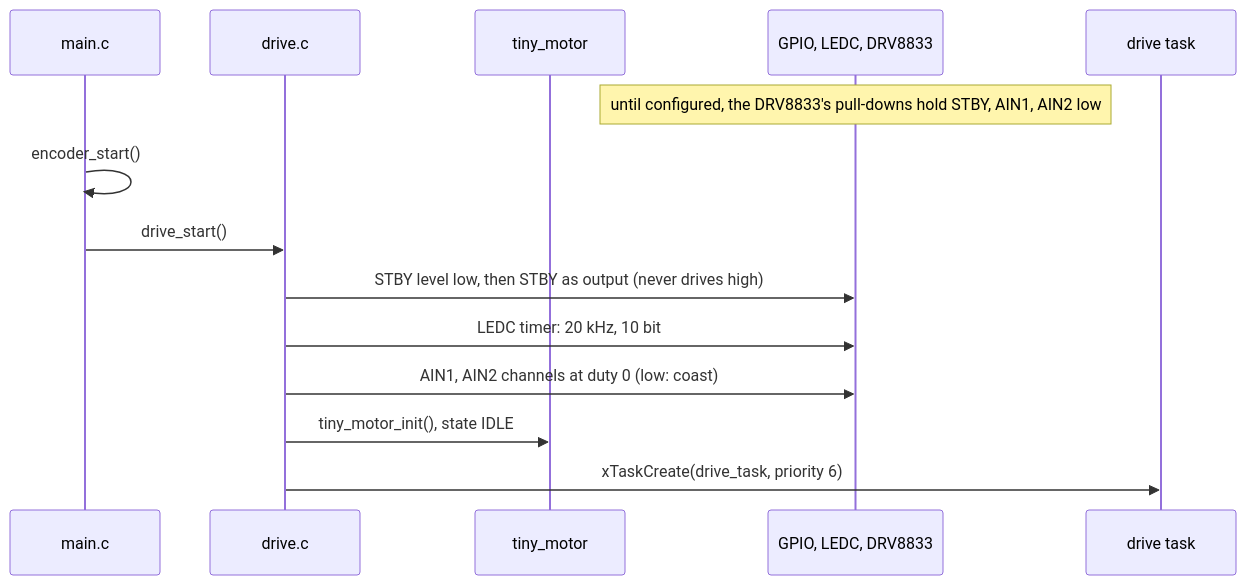
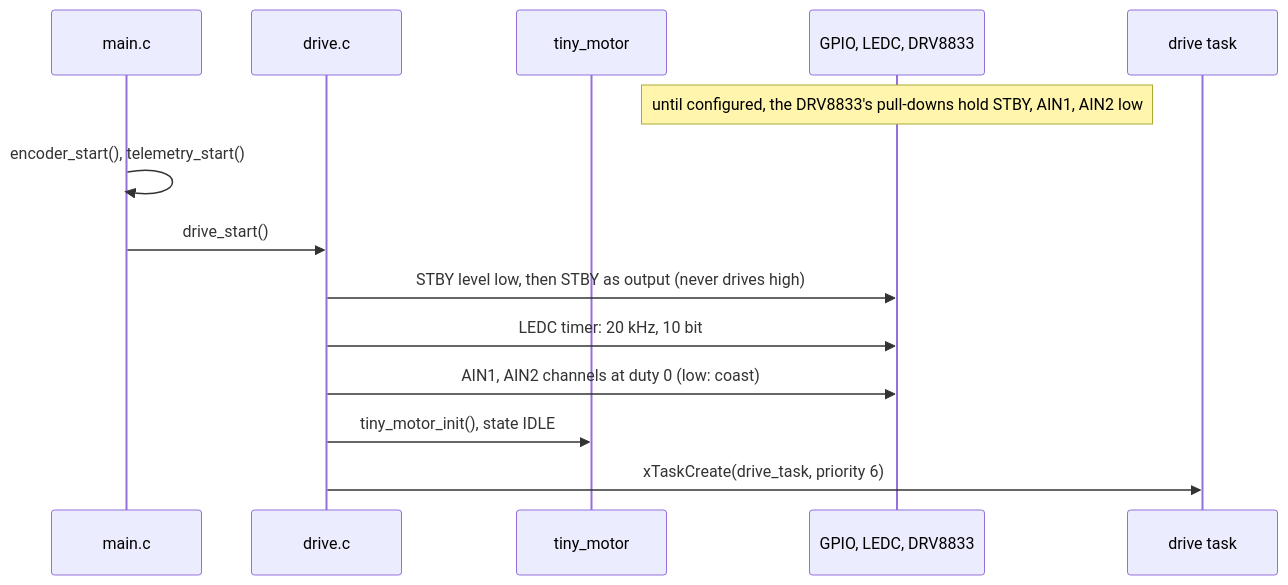
Before and after one commit to shanirub/tiny-ecus: the second of 5 diagrams in firmware/wheel_node/README.md, drawn with Mermaid. The commit also changed other lines of this file and 16 other files, not shown here.

First line of the commit message:
Phase 1 D.3: wheel speed from encoder counts, real telemetry columns (#7)

````diff
--- a/firmware/wheel_node/README.md
+++ b/firmware/wheel_node/README.md
@@ -40,17 +61,17 @@
 ```mermaid
 sequenceDiagram
     participant main as main.c
     participant drive as drive.c
     participant motor as tiny_motor
     participant hw as GPIO, LEDC, DRV8833
     participant task as drive task
 
     Note over hw: until configured, the DRV8833's pull-downs hold STBY, AIN1, AIN2 low
-    main->>main: encoder_start()
+    main->>main: encoder_start(), telemetry_start()
     main->>drive: drive_start()
     drive->>hw: STBY level low, then STBY as output (never drives high)
     drive->>hw: LEDC timer: 20 kHz, 10 bit
     drive->>hw: AIN1, AIN2 channels at duty 0 (low: coast)
     drive->>motor: tiny_motor_init(), state IDLE
     drive->>task: xTaskCreate(drive_task, priority 6)
 ```
````
